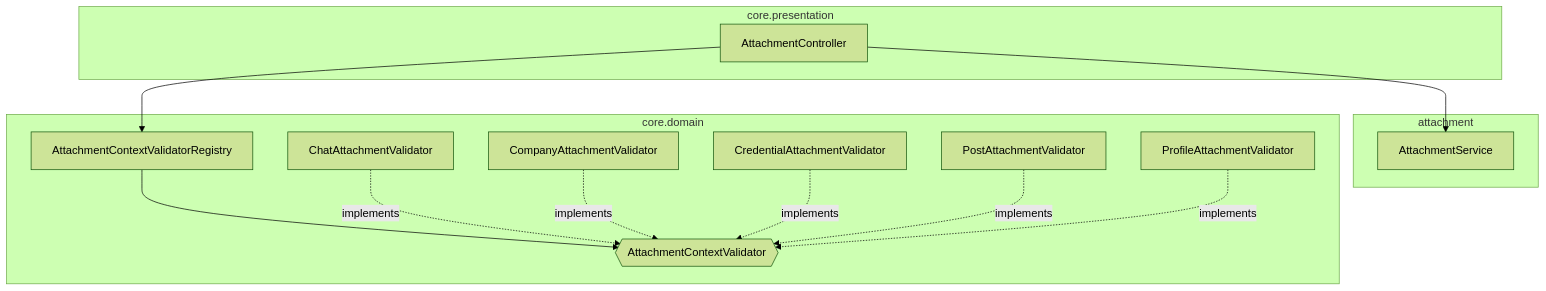
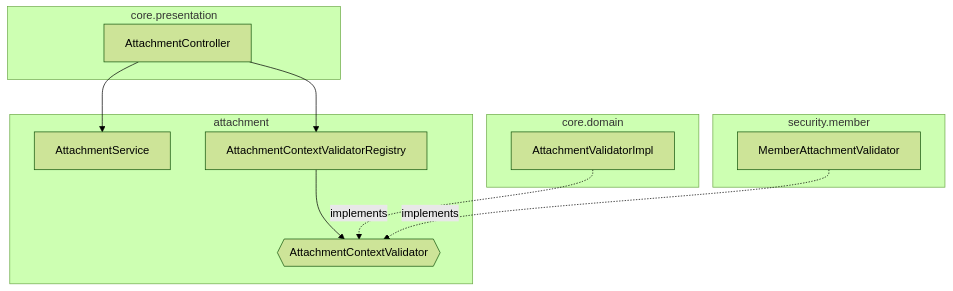
One commit to mortonCareer/bconnect changed the first of 2 diagrams in apps/api/docs/attachment-architecture.md. Above: the diagram before and after it, drawn with Mermaid (forest theme). The commit also changed other lines of this file and 1 other file, not shown here.

Commit message:
docs(api): 첨부 구조 변경 문서 최신화

````diff
--- a/apps/api/docs/attachment-architecture.md
+++ b/apps/api/docs/attachment-architecture.md
@@ -40,26 +40,22 @@
 ```mermaid
 graph TD
     subgraph core.presentation
         Ctrl[AttachmentController]
     end
     subgraph attachment
         Service[AttachmentService]
+        Reg[AttachmentContextValidatorRegistry]
+        V{{AttachmentContextValidator}}
     end
     subgraph core.domain
-        ChatV[ChatAttachmentValidator]
-        CompV[CompanyAttachmentValidator]
-        CredV[CredentialAttachmentValidator]
-        PostV[PostAttachmentValidator]
-        ProfV[ProfileAttachmentValidator]
-        Reg[AttachmentContextValidatorRegistry]
-        V{{AttachmentContextValidator}}
+        VImpl[AttachmentValidatorImpl]
+    end
+    subgraph security.member
+        MemV[MemberAttachmentValidator]
     end
     Ctrl --> Reg
     Ctrl --> Service
     Reg --> V
-    ChatV -.implements.-> V
-    CompV -.implements.-> V
-    CredV -.implements.-> V
-    PostV -.implements.-> V
-    ProfV -.implements.-> V
+    VImpl -.implements.-> V
+    MemV -.implements.-> V
 ```
````
